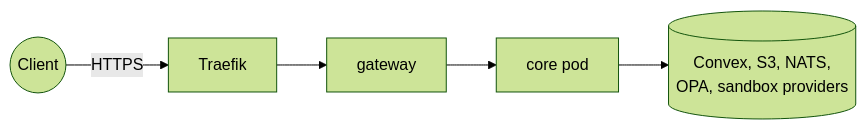
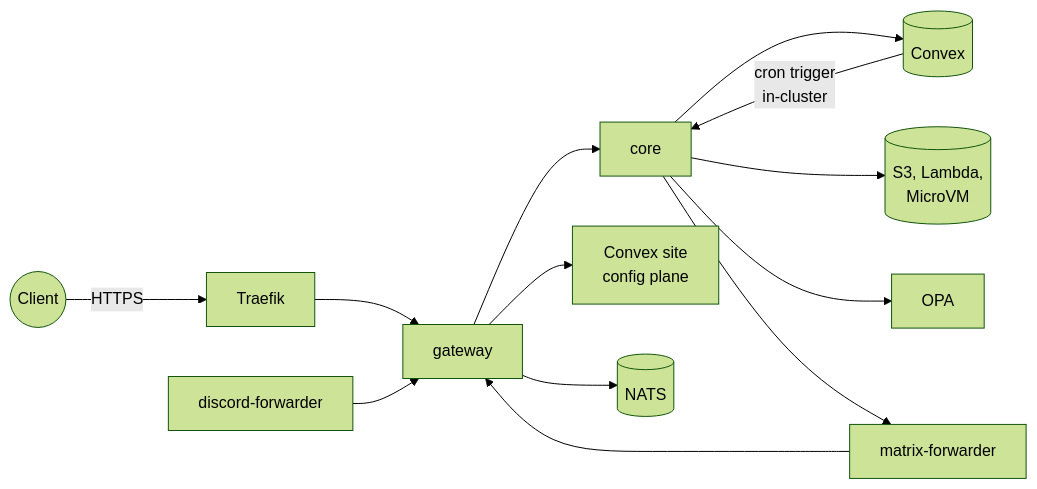
One commit to beeblastco/broods changed the diagram in apps/docs/docs/internals/operations.md. Above: the diagram before and after it, drawn with Mermaid (forest theme). The commit also changed other lines of this file and 23 other files, not shown here.

First line of the commit message:
docs(internals): rewrite architecture and developer docs from current code

````diff
--- a/apps/docs/docs/internals/operations.md
+++ b/apps/docs/docs/internals/operations.md
@@ -9,7 +21,15 @@
 ```mermaid
 flowchart LR
   Client((Client)) -->|HTTPS| Ingress[Traefik]
   Ingress --> Gateway[gateway]
-  Gateway --> Pod[core pod]
-  Pod --> Data[("Convex, S3, NATS,<br/>OPA, sandbox providers")]
+  Gateway --> Core[core]
+  Gateway --> ConvexSite["Convex site<br/>config plane"]
+  Gateway --> NATS[(NATS)]
+  Core --> Convex[(Convex)]
+  Core --> AWS[("S3, Lambda,<br/>MicroVM")]
+  Core --> OPA[OPA]
+  Convex -->|"cron trigger<br/>in-cluster"| Core
+  DFwd[discord-forwarder] --> Gateway
+  MFwd[matrix-forwarder] --> Gateway
+  Core --> MFwd
 ```
````
